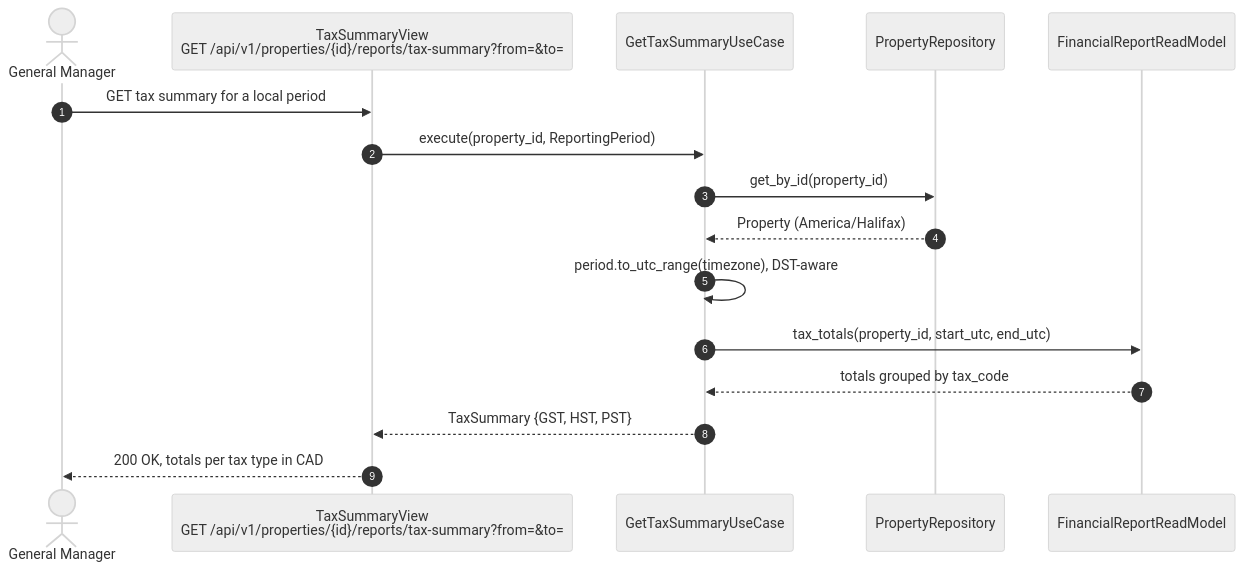
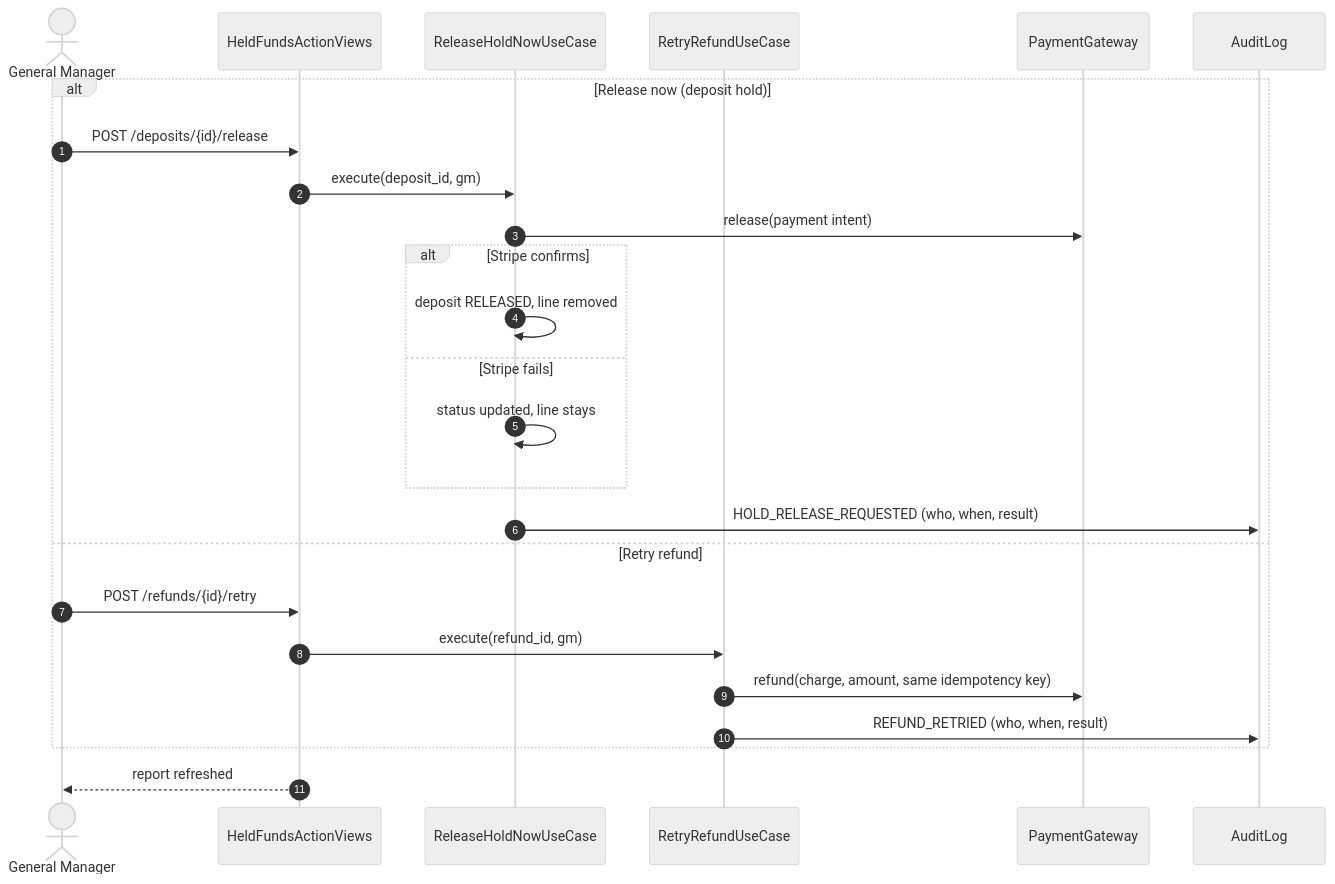
One commit to BraceroInSabot/Motel-Starmie changed the third of 4 diagrams in docs/Initial Requirements/Diagrams/US-22 - Night Audit and Tax Reports.md. Above: the diagram before and after it, drawn with Mermaid (neutral theme). The commit also changed other lines of this file and 51 other files, not shown here.

````diff
--- a/docs/Initial Requirements/Diagrams/US-22 - Night Audit and Tax Reports.md
+++ b/docs/Initial Requirements/Diagrams/US-22 - Night Audit and Tax Reports.md
@@ -217,19 +242,28 @@
 ```mermaid
 sequenceDiagram
     autonumber
     actor GM as General Manager
-    participant View as TaxSummaryView<br/>GET /api/v1/properties/{id}/reports/tax-summary?from=&to=
-    participant UC as GetTaxSummaryUseCase
-    participant Props as PropertyRepository
-    participant RM as FinancialReportReadModel
+    participant View as HeldFundsActionViews
+    participant Release as ReleaseHoldNowUseCase
+    participant Retry as RetryRefundUseCase
+    participant Pay as PaymentGateway
+    participant Audit as AuditLog
 
-    GM->>View: GET tax summary for a local period
-    View->>UC: execute(property_id, ReportingPeriod)
-    UC->>Props: get_by_id(property_id)
-    Props-->>UC: Property (America/Halifax)
-    UC->>UC: period.to_utc_range(timezone), DST-aware
-    UC->>RM: tax_totals(property_id, start_utc, end_utc)
-    RM-->>UC: totals grouped by tax_code
-    UC-->>View: TaxSummary {GST, HST, PST}
-    View-->>GM: 200 OK, totals per tax type in CAD
+    alt Release now (deposit hold)
+        GM->>View: POST /deposits/{id}/release
+        View->>Release: execute(deposit_id, gm)
+        Release->>Pay: release(payment intent)
+        alt Stripe confirms
+            Release->>Release: deposit RELEASED, line removed
+        else Stripe fails
+            Release->>Release: status updated, line stays
+        end
+        Release->>Audit: HOLD_RELEASE_REQUESTED (who, when, result)
+    else Retry refund
+        GM->>View: POST /refunds/{id}/retry
+        View->>Retry: execute(refund_id, gm)
+        Retry->>Pay: refund(charge, amount, same idempotency key)
+        Retry->>Audit: REFUND_RETRIED (who, when, result)
+    end
+    View-->>GM: report refreshed
 ```
````
